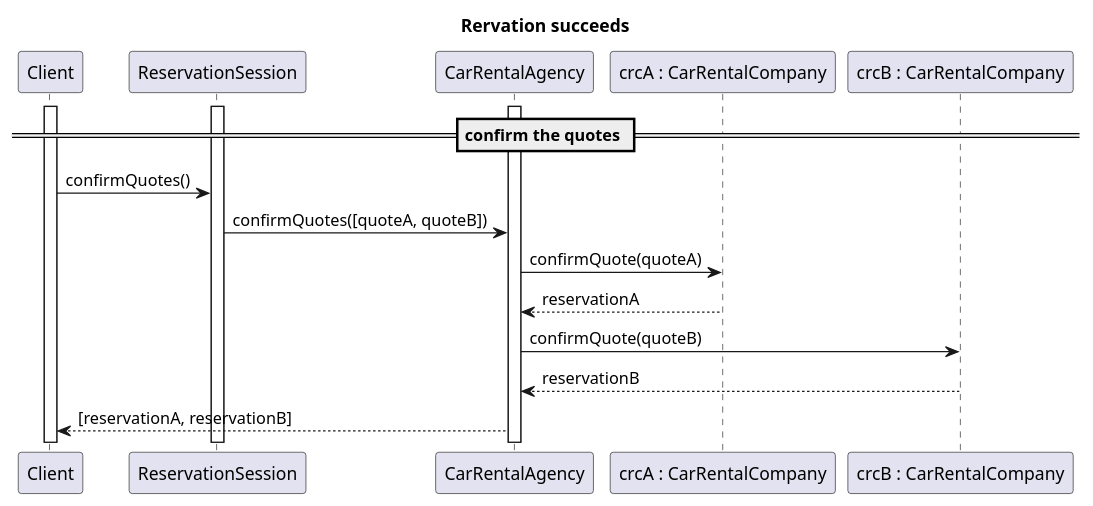
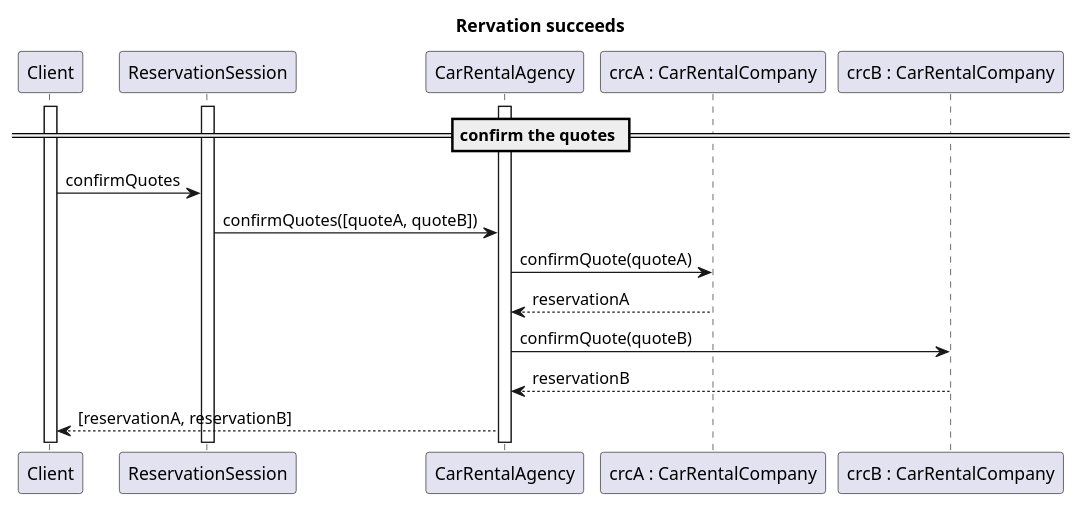
One commit to Bhamoss/java_rmi_ds_project changed the diagram in diagrams/sequenceDiagrams/reservationSucceeds.puml. Above: the diagram before and after it, drawn with PlantUML. The commit also changed 2 other files, not shown here.

Commit message:
little change to seq diagrams

```diff
--- a/diagrams/sequenceDiagrams/reservationSucceeds.puml
+++ b/diagrams/sequenceDiagrams/reservationSucceeds.puml
@@ -1,31 +1,31 @@
 @startuml
 title "Rervation succeeds"
 
 participant Client
 participant ReservationSession
 participant CarRentalAgency
 participant "crcA : CarRentalCompany" as CarRentalCompanyA
 participant "crcB : CarRentalCompany" as CarRentalCompanyB
 
 
 activate Client
 activate ReservationSession
 activate CarRentalAgency
 
 == confirm the quotes ==
 
-Client -> ReservationSession: confirmQuotes()
+Client -> ReservationSession: confirmQuotes
 ReservationSession -> CarRentalAgency: confirmQuotes([quoteA, quoteB])
 
 CarRentalAgency->CarRentalCompanyA: confirmQuote(quoteA)
 CarRentalCompanyA--> CarRentalAgency: reservationA
 
 
 CarRentalAgency->CarRentalCompanyB: confirmQuote(quoteB)
 CarRentalCompanyB--> CarRentalAgency: reservationB
 
 CarRentalAgency-->Client: [reservationA, reservationB]
 
 
 
 @enduml
```
